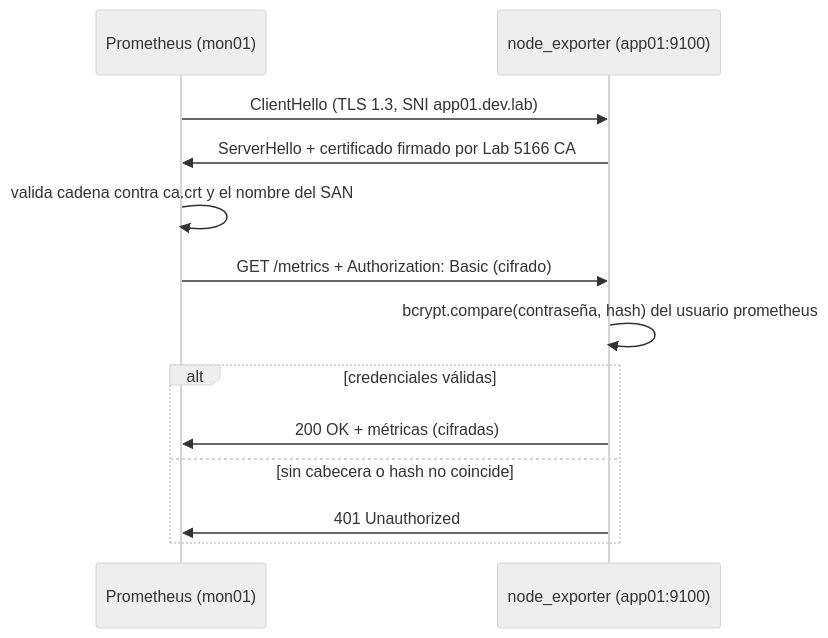
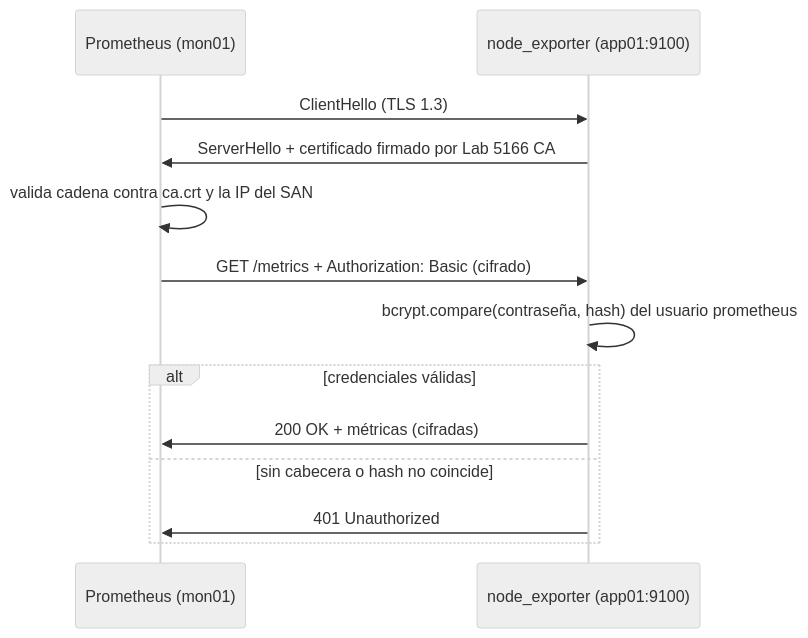
The fourth of 5 diagrams in docs/ut/ut3-seguridad-monitorizacion.md (victor-educ/apuntes-5169), drawn with Mermaid (neutral theme) before and after one commit. The commit also changed other lines of this file and 17 other files, not shown here.

````diff
--- a/docs/ut/ut3-seguridad-monitorizacion.md
+++ b/docs/ut/ut3-seguridad-monitorizacion.md
@@ -617,15 +534,15 @@
 ```mermaid
 sequenceDiagram
     participant P as Prometheus (mon01)
     participant N as node_exporter (app01:9100)
-    P->>N: ClientHello (TLS 1.3, SNI app01.dev.lab)
+    P->>N: ClientHello (TLS 1.3)
     N->>P: ServerHello + certificado firmado por Lab 5166 CA
-    P->>P: valida cadena contra ca.crt y el nombre del SAN
+    P->>P: valida cadena contra ca.crt y la IP del SAN
     P->>N: GET /metrics + Authorization: Basic (cifrado)
     N->>N: bcrypt.compare(contraseña, hash) del usuario prometheus
     alt credenciales válidas
         N->>P: 200 OK + métricas (cifradas)
     else sin cabecera o hash no coincide
         N->>P: 401 Unauthorized
     end
 ```
````
